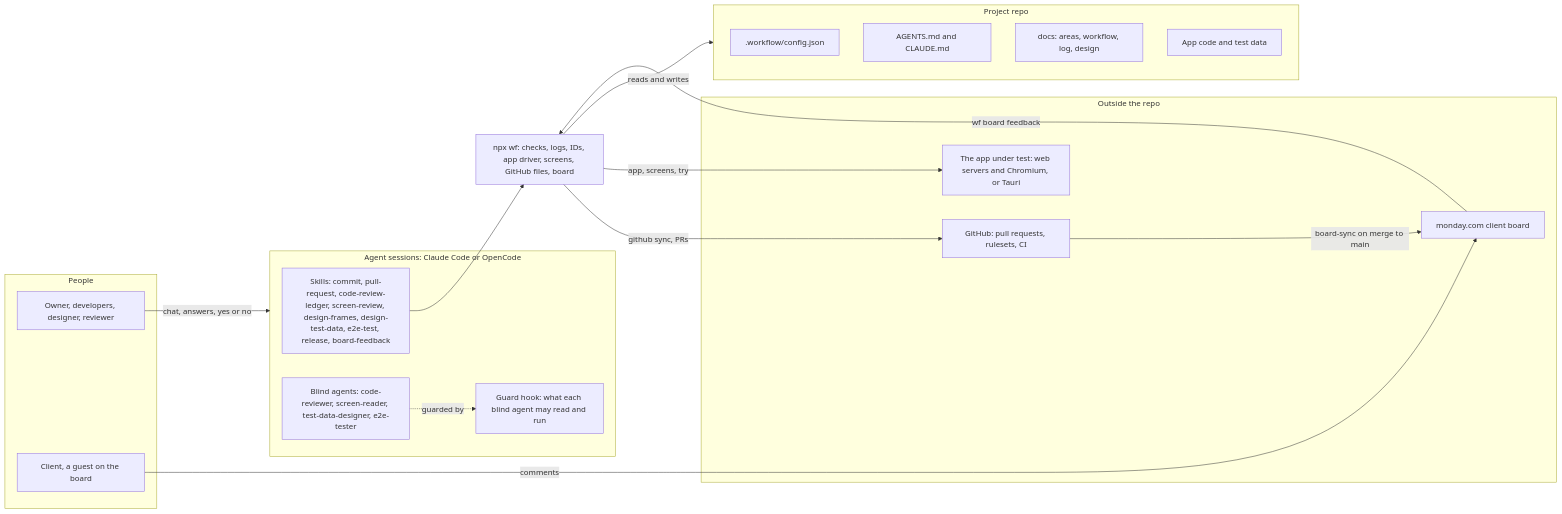
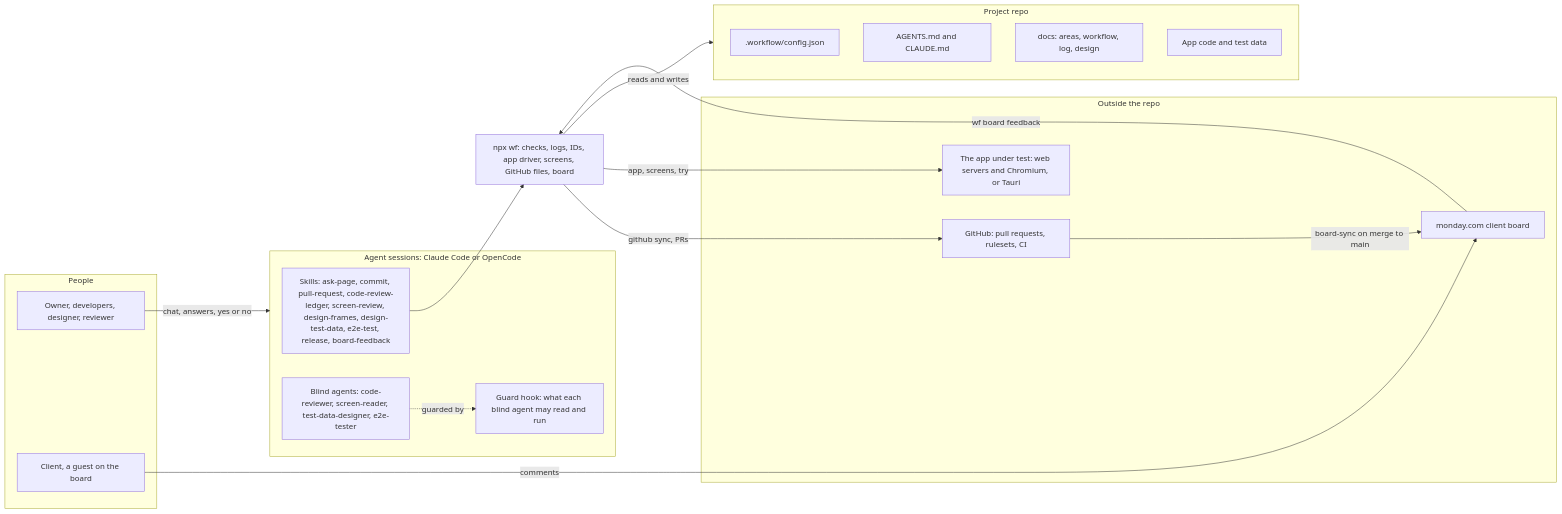
The first of 4 diagrams in docs/workflow/overview.md (freeorbit/freeorbit-workflow), drawn with Mermaid before and after one commit. The commit also changed other lines of this file and 27 other files, not shown here.

````diff
--- a/docs/workflow/overview.md
+++ b/docs/workflow/overview.md
@@ -13,33 +13,33 @@
 ```mermaid
 flowchart LR
   subgraph people ["People"]
     team["Owner, developers, designer, reviewer"]
     client["Client, a guest on the board"]
   end
   subgraph sessions ["Agent sessions: Claude Code or OpenCode"]
-    skills["Skills: commit, pull-request, code-review-ledger, screen-review, design-frames, design-test-data, e2e-test, release, board-feedback"]
+    skills["Skills: ask-page, commit, pull-request, code-review-ledger, screen-review, design-frames, design-test-data, e2e-test, release, board-feedback"]
     agents["Blind agents: code-reviewer, screen-reader, test-data-designer, e2e-tester"]
     guard["Guard hook: what each blind agent may read and run"]
   end
   wf["npx wf: checks, logs, IDs, app driver, screens, GitHub files, board"]
   subgraph repo ["Project repo"]
     config[".workflow/config.json"]
     rules["AGENTS.md and CLAUDE.md"]
     docs["docs: areas, workflow, log, design"]
     code["App code and test data"]
   end
   subgraph outside ["Outside the repo"]
     github["GitHub: pull requests, rulesets, CI"]
     app["The app under test: web servers and Chromium, or Tauri"]
     board["monday.com client board"]
   end
   team -- "chat, answers, yes or no" --> sessions
   skills --> wf
   agents -. guarded by .-> guard
   wf -- "reads and writes" --> repo
   wf -- "github sync, PRs" --> github
   wf -- "app, screens, try" --> app
   github -- "board-sync on merge to main" --> board
   client -- "comments" --> board
   board -- "wf board feedback" --> wf
 ```
````
